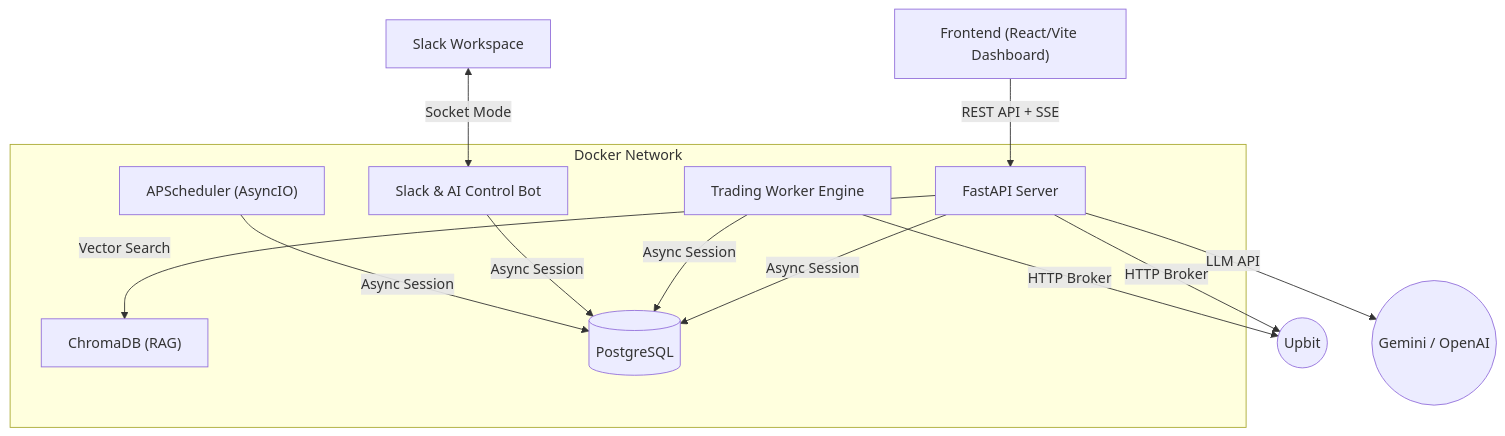
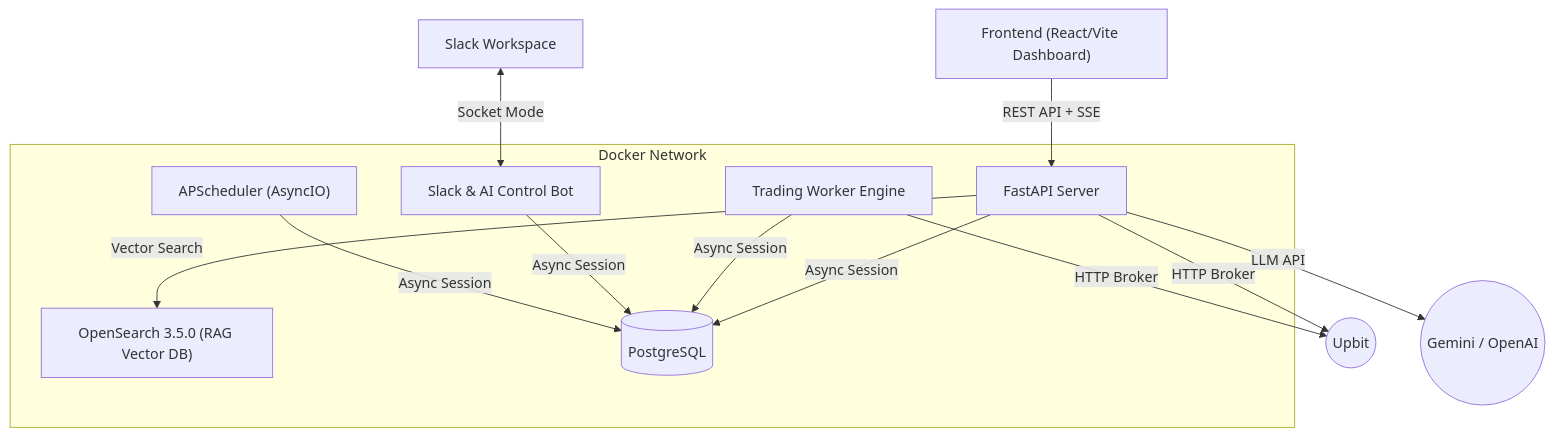
One commit to kaero313/ai-trade-manager changed the first of 3 diagrams in docs/ARCHITECTURE.md. Above: the diagram before and after it, drawn with Mermaid. The commit also changed other lines of this file and 10 other files, not shown here.

````diff
--- a/docs/ARCHITECTURE.md
+++ b/docs/ARCHITECTURE.md
@@ -19,23 +19,23 @@
 ```mermaid
 graph TD
     UI["Frontend (React/Vite Dashboard)"] -->|REST API + SSE| API
     Slack["Slack Workspace"] <-->|Socket Mode| Bot
 
     subgraph Docker Network
         API["FastAPI Server"]
         Worker["Trading Worker Engine"]
         Bot["Slack & AI Control Bot"]
         Scheduler["APScheduler (AsyncIO)"]
-        VectorDB["ChromaDB (RAG)"]
+        VectorDB["OpenSearch 3.5.0 (RAG Vector DB)"]
 
         API -->|Async Session| DB[("PostgreSQL")]
         Worker -->|Async Session| DB
         Bot -->|Async Session| DB
         Scheduler -->|Async Session| DB
         API -->|Vector Search| VectorDB
     end
 
     API -->|HTTP Broker| Broker(("Upbit"))
     Worker -->|HTTP Broker| Broker
     API -->|LLM API| LLM(("Gemini / OpenAI"))
 ```
````
